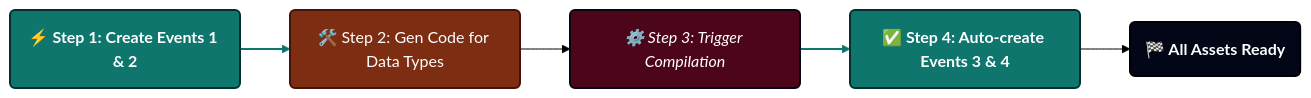
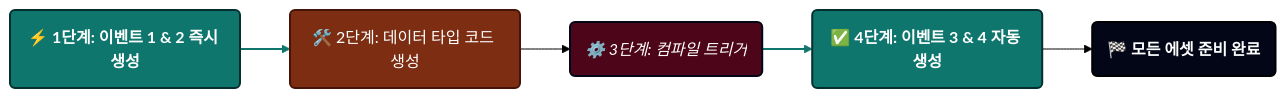
Before and after one commit to tinygiants-tech/TinyGiants: the fourth of 4 diagrams in i18n/ko/docusaurus-plugin-content-docs/current/game-event-system/visual-workflow/game-event-creator.md, drawn with Mermaid (forest theme). The commit also changed other lines of this file and 81 other files, not shown here.

````diff
--- a/i18n/ko/docusaurus-plugin-content-docs/current/game-event-system/visual-workflow/game-event-creator.md
+++ b/i18n/ko/docusaurus-plugin-content-docs/current/game-event-system/visual-workflow/game-event-creator.md
@@ -379,21 +379,21 @@
 ```mermaid
 graph LR
     %% 样式定义：沿用深色系统
     classDef instant fill:#0f766e,stroke:#042f2e,stroke-width:2px,color:#ffffff,font-weight:bold
     classDef warning fill:#7c2d12,stroke:#431407,stroke-width:2px,color:#ffffff
     classDef wait fill:#4c0519,stroke:#020617,stroke-width:2px,color:#ffffff,font-style:italic
     classDef system fill:#020617,stroke:#000000,stroke-width:2px,color:#ffffff,font-weight:bold
 
     %% 流程逻辑
-    A(⚡ Step 1: Create Events 1 & 2):::instant --> B(🛠️ Step 2: Gen Code for Data Types):::warning
+    A(⚡ 1단계: 이벤트 1 & 2 즉시 생성):::instant --> B(🛠️ 2단계: 데이터 타입 코드 생성):::warning
     
-    B --> C(⚙️ Step 3: Trigger Compilation):::wait
+    B --> C(⚙️ 3단계: 컴파일 트리거):::wait
     
-    C --> D(✅ Step 4: Auto-create Events 3 & 4):::instant
+    C --> D(✅ 4단계: 이벤트 3 & 4 자동 생성):::instant
     
-    D --> E(🏁 All Assets Ready):::system
+    D --> E(🏁 모든 에셋 준비 완료):::system
 
     %% 提示说明 (可选)
     linkStyle 0 stroke:#0f766e,stroke-width:2px
     linkStyle 2 stroke:#0f766e,stroke-width:2px
 ```
````
